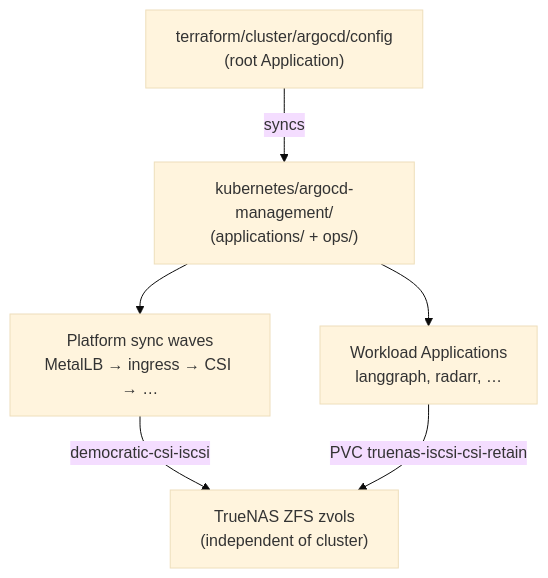
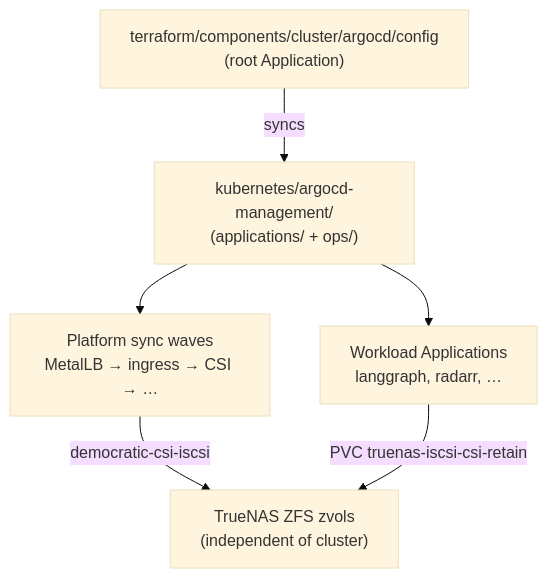
Before and after one commit to nodadyoushutup/homelab: the diagram in docs/architecture/argocd/README.md, drawn with Mermaid (base theme). The commit also changed 449 other files, not shown here.

````diff
--- a/docs/architecture/argocd/README.md
+++ b/docs/architecture/argocd/README.md
@@ -19,14 +19,14 @@
 ```mermaid
 flowchart TB
-  tf["terraform/cluster/argocd/config\n(root Application)"]
+  tf["terraform/components/cluster/argocd/config\n(root Application)"]
   mgmt["kubernetes/argocd-management/\n(applications/ + ops/)"]
   plat["Platform sync waves\nMetalLB → ingress → CSI → …"]
   apps["Workload Applications\nlanggraph, radarr, …"]
   tn["TrueNAS ZFS zvols\n(independent of cluster)"]
 
   tf -->|syncs| mgmt
   mgmt --> plat
   mgmt --> apps
   plat -->|democratic-csi-iscsi| tn
   apps -->|PVC truenas-iscsi-csi-retain| tn
 ```
````
